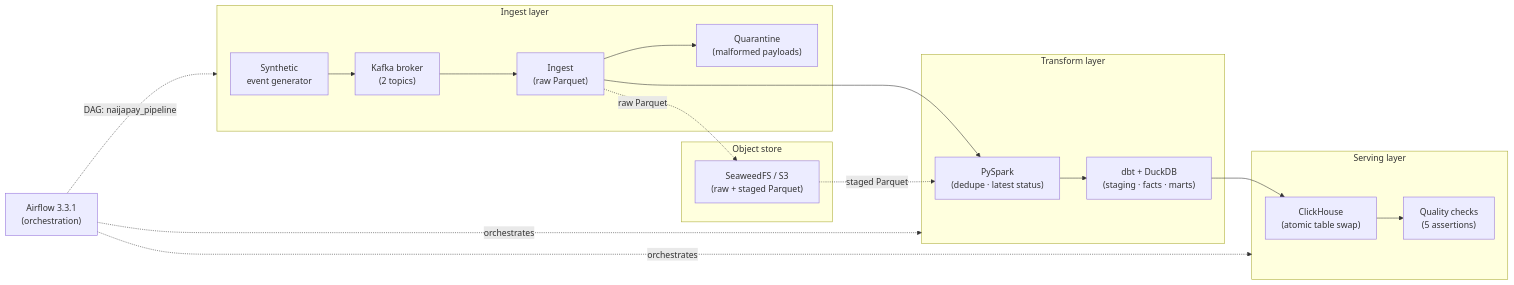
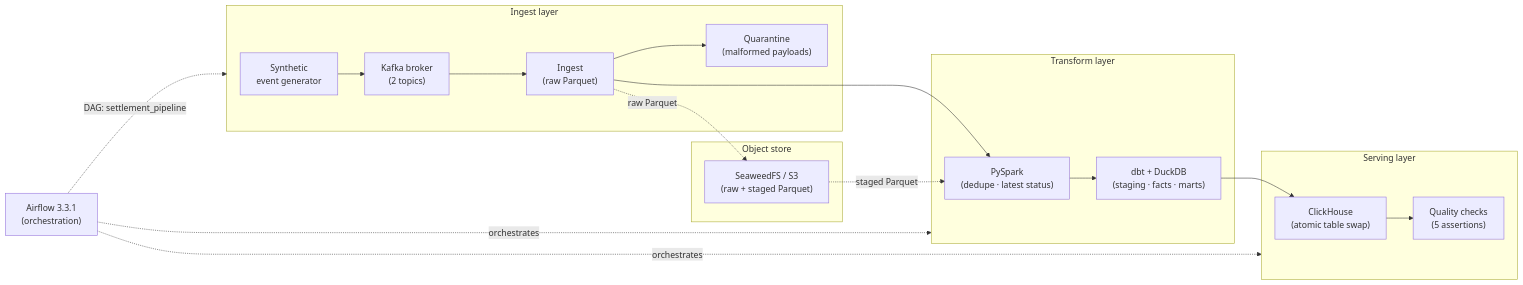
One commit to laurence702/payment-settlement-lakehouse changed the diagram in README.md. Above: the diagram before and after it, drawn with Mermaid. The commit also changed other lines of this file and 6 other files, not shown here.

First line of the commit message:
Rename naijapay to settlement in infrastructure config, docs, and SQL

````diff
--- a/README.md
+++ b/README.md
@@ -27,28 +27,28 @@
 ```mermaid
 flowchart LR
     subgraph Ingest["Ingest layer"]
         G["Synthetic\nevent generator"] --> K["Kafka broker\n(2 topics)"] --> I["Ingest\n(raw Parquet)"]
         I --> Q["Quarantine\n(malformed payloads)"]
     end
 
     subgraph Transform["Transform layer"]
         I --> SP["PySpark\n(dedupe · latest status)"]
         SP --> DBT["dbt + DuckDB\n(staging · facts · marts)"]
     end
 
     subgraph Serve["Serving layer"]
         DBT --> CH["ClickHouse\n(atomic table swap)"]
         CH --> QC["Quality checks\n(5 assertions)"]
     end
 
     subgraph Store["Object store"]
         S3["SeaweedFS / S3\n(raw + staged Parquet)"]
     end
 
     I -. raw Parquet .-> S3
     S3 -. staged Parquet .-> SP
 
-    A["Airflow 3.3.1\n(orchestration)"] -. DAG: naijapay_pipeline .-> Ingest
+    A["Airflow 3.3.1\n(orchestration)"] -. DAG: settlement_pipeline .-> Ingest
     A -. orchestrates .-> Transform
     A -. orchestrates .-> Serve
 ```
````
